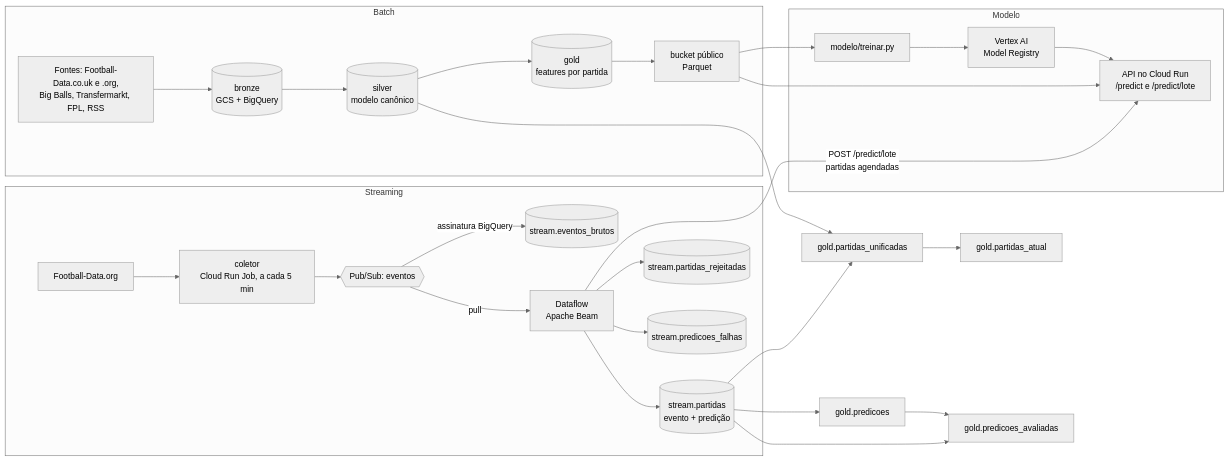
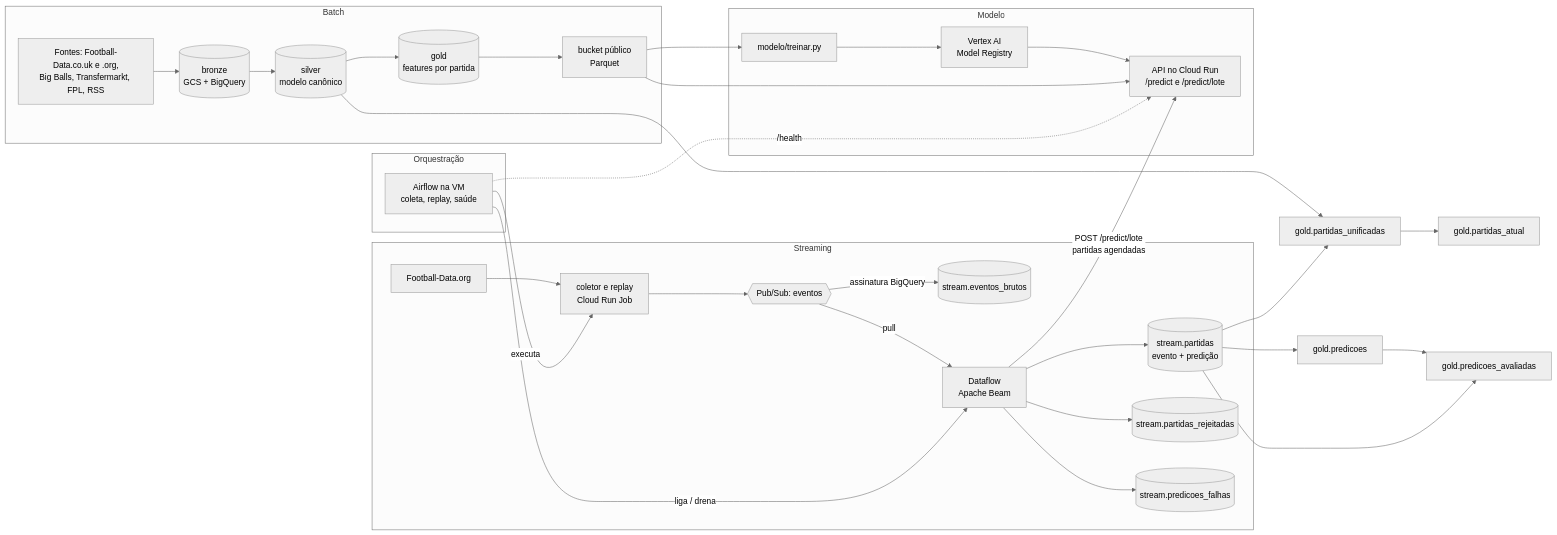
One commit to phael-exe/foota-toota changed the diagram in README.md. Above: the diagram before and after it, drawn with Mermaid (neutral theme). The commit also changed other lines of this file and 4 other files, not shown here.

Commit message:
docs: orquestração com Airflow

````diff
--- a/README.md
+++ b/README.md
@@ -27,31 +29,37 @@
 ```mermaid
 flowchart LR
     subgraph batch ["Batch"]
         FON["Fontes: Football-Data.co.uk e .org,<br>Big Balls, Transfermarkt, FPL, RSS"] --> BRZ[("bronze<br>GCS + BigQuery")]
         BRZ --> SIL[("silver<br>modelo canônico")]
         SIL --> GLD[("gold<br>features por partida")]
         GLD --> PUB["bucket público<br>Parquet"]
     end
     subgraph stream ["Streaming"]
-        FDO["Football-Data.org"] --> COL["coletor<br>Cloud Run Job, a cada 5 min"]
+        FDO["Football-Data.org"] --> COL["coletor e replay<br>Cloud Run Job"]
         COL --> EVT{{"Pub/Sub: eventos"}}
         EVT -->|"assinatura BigQuery"| EBR[("stream.eventos_brutos")]
         EVT -->|"pull"| DFL["Dataflow<br>Apache Beam"]
         DFL --> SPA[("stream.partidas<br>evento + predição")]
         DFL --> SRJ[("stream.partidas_rejeitadas")]
         DFL --> SFA[("stream.predicoes_falhas")]
+    end
+    subgraph orq ["Orquestração"]
+        AIR["Airflow na VM<br>coleta, replay, saúde"]
     end
     subgraph ml ["Modelo"]
         TRN["modelo/treinar.py"] --> REG["Vertex AI<br>Model Registry"]
         REG --> API["API no Cloud Run<br>/predict e /predict/lote"]
     end
     PUB --> TRN
     PUB --> API
     DFL -->|"POST /predict/lote<br>partidas agendadas"| API
+    AIR -->|"executa"| COL
+    AIR -->|"liga / drena"| DFL
+    AIR -.->|"/health"| API
     SIL --> UNI["gold.partidas_unificadas"]
     SPA --> UNI
     UNI --> ATU["gold.partidas_atual"]
     SPA --> PRE["gold.predicoes"]
     PRE --> AVA["gold.predicoes_avaliadas"]
     SPA --> AVA
 ```
````
